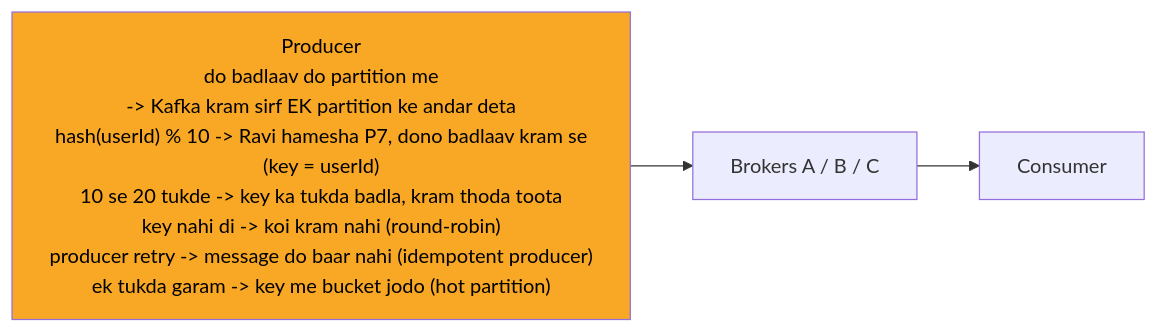
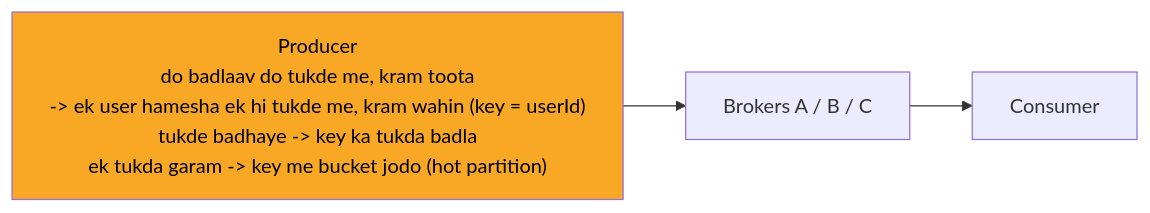
The diagram in 04_HLD/SYSTEM_DESIGNS/12_message_queue_kafka/img/c3.mmd (ArpanMaheshwari144/Prep), drawn with Mermaid before and after one commit. The commit also changed 182 other files, not shown here.

Commit message:
kafka: peele dabbe chhote, card 3 partition+offset aur card 6 ISR ki tasveer image me; sab SVG max 720 chaude

```diff
--- a/04_HLD/SYSTEM_DESIGNS/12_message_queue_kafka/img/c3.mmd
+++ b/04_HLD/SYSTEM_DESIGNS/12_message_queue_kafka/img/c3.mmd
@@ -1,8 +1,8 @@
 %%{init: {"flowchart": {"wrappingWidth": 450}}}%%
 flowchart LR
-    n_P["Producer<br/>do badlaav do partition me<br/>-> Kafka kram sirf EK partition ke andar deta<br/>hash(userId) % 10 -> Ravi hamesha P7, dono badlaav kram se<br/>(key = userId)<br/>10 se 20 tukde -> key ka tukda badla, kram thoda toota<br/>key nahi di -> koi kram nahi (round-robin)<br/>producer retry -> message do baar nahi (idempotent producer)<br/>ek tukda garam -> key me bucket jodo (hot partition)"]
+    n_P["Producer<br/>do badlaav do tukde me, kram toota<br/>-> ek user hamesha ek hi tukde me, kram wahin (key = userId)<br/>tukde badhaye -> key ka tukda badla<br/>ek tukda garam -> key me bucket jodo (hot partition)"]
     n_B["Brokers A / B / C"]
     n_C["Consumer"]
     n_P --> n_B
     n_B --> n_C
     style n_P fill:#f9a825,color:#000
```
